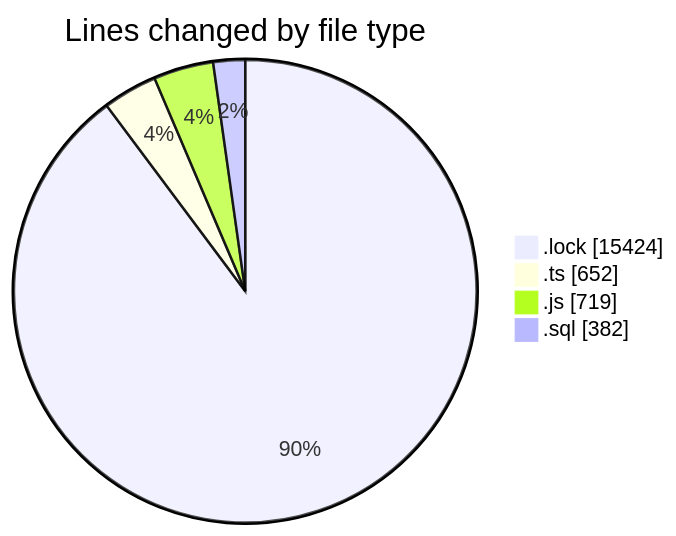
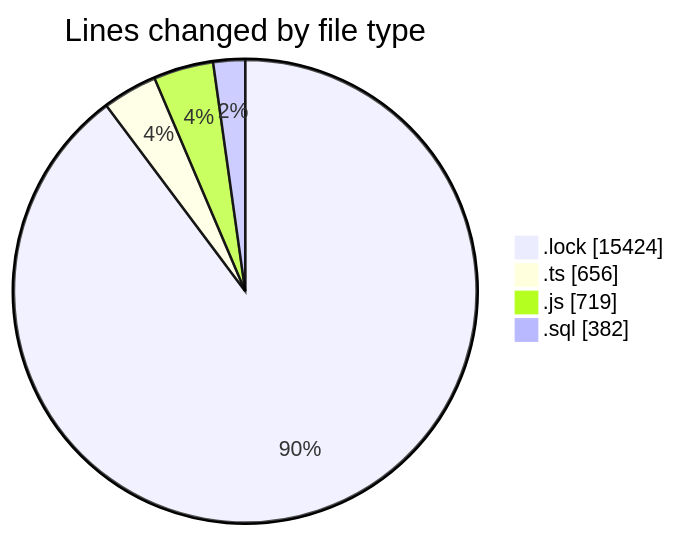
The first of 2 diagrams in 2025-05-22/cda/README.md (momahboobian/code-tracking), drawn with Mermaid before and after one commit. The commit also changed other lines of this file and 1 other file, not shown here.

````diff
--- a/2025-05-22/cda/README.md
+++ b/2025-05-22/cda/README.md
@@ -26,8 +26,8 @@
 ```mermaid
 pie showData
 title Lines changed by file type
 ".lock" : 15424
-".ts" : 652
+".ts" : 656
 ".js" : 719
 ".sql" : 382
 ```
````
